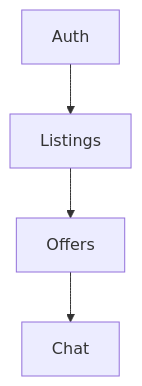
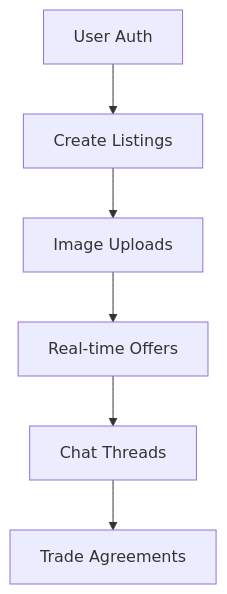
The diagram in README.md (obiora198/barter-marketplace), drawn with Mermaid before and after one commit. The commit also changed other lines of this file, not shown here.

````diff
--- a/README.md
+++ b/README.md
@@ -30,6 +37,8 @@
 ```mermaid
 graph TD
-    A[Auth] --> B[Listings]
-    B --> C[Offers]
-    C --> D[Chat]
+    A[User Auth] --> B[Create Listings]
+    B --> C[Image Uploads]
+    C --> D[Real-time Offers]
+    D --> E[Chat Threads]
+    E --> F[Trade Agreements]
 ```
````
